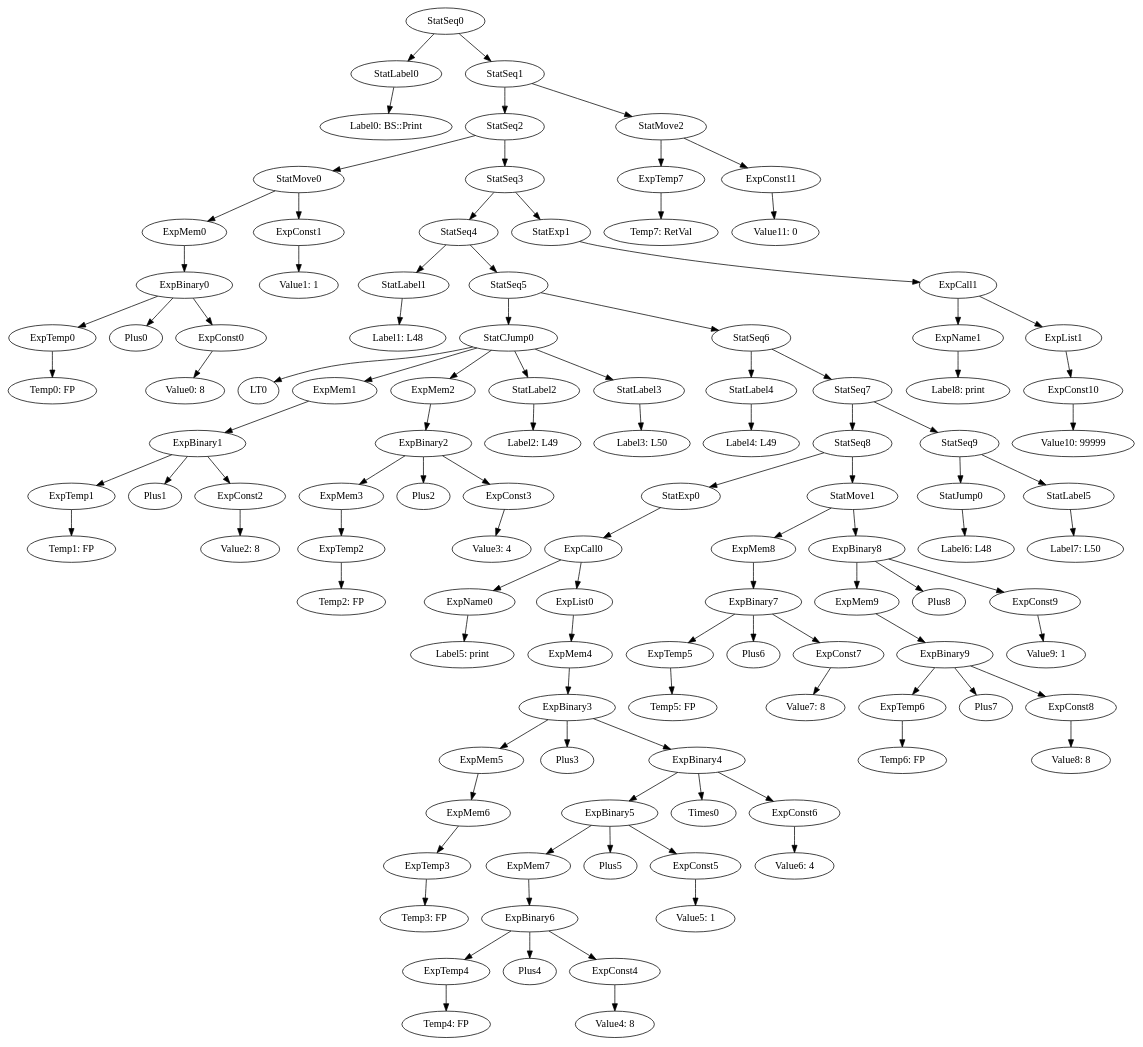
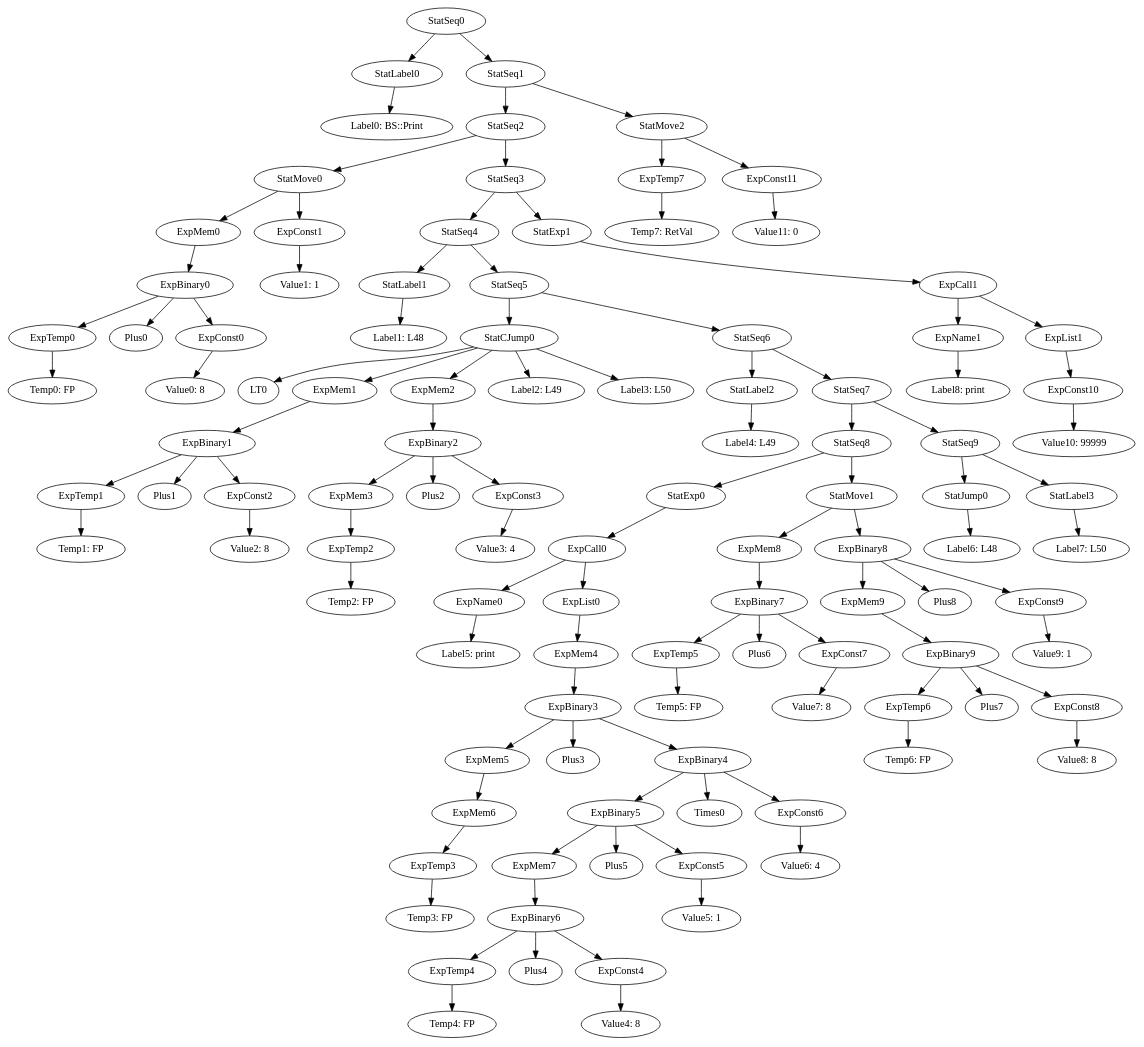
The diagram in MiniJava/results/SamplesCorrect/BinarySearch/irt_BS::Print.gv (team-compilers/compilers), drawn with Graphviz before and after one commit. The commit also changed 80 other files, not shown here.

```diff
--- a/MiniJava/results/SamplesCorrect/BinarySearch/irt_BS::Print.gv
+++ b/MiniJava/results/SamplesCorrect/BinarySearch/irt_BS::Print.gv
@@ -1,111 +1,109 @@
 digraph {
 	ordering = out;
 	ExpConst11 -> "Value11: 0";
 	StatMove2 -> ExpTemp7;
 	StatMove2 -> ExpConst11;
 	StatExp1 -> ExpCall1;
 	ExpConst10 -> "Value10: 99999";
 	ExpName1 -> "Label8: print";
 	ExpCall1 -> ExpName1;
 	ExpCall1 -> ExpList1;
 	StatJump0 -> "Label6: L48";
 	StatSeq7 -> StatSeq8;
 	StatSeq7 -> StatSeq9;
 	ExpBinary8 -> ExpMem9;
 	ExpBinary8 -> Plus8;
 	ExpBinary8 -> ExpConst9;
 	ExpBinary9 -> ExpTemp6;
 	ExpBinary9 -> Plus7;
 	ExpBinary9 -> ExpConst8;
 	ExpTemp6 -> "Temp6: FP";
 	StatMove1 -> ExpMem8;
 	StatMove1 -> ExpBinary8;
+	StatSeq5 -> StatCJump0;
+	StatSeq5 -> StatSeq6;
 	StatSeq1 -> StatSeq2;
 	StatSeq1 -> StatMove2;
 	ExpMem8 -> ExpBinary7;
-	ExpConst7 -> "Value7: 8";
-	StatLabel2 -> "Label2: L49";
 	ExpTemp2 -> "Temp2: FP";
 	ExpConst3 -> "Value3: 4";
+	ExpConst7 -> "Value7: 8";
 	ExpTemp1 -> "Temp1: FP";
-	StatLabel5 -> "Label7: L50";
 	ExpTemp5 -> "Temp5: FP";
 	ExpBinary7 -> ExpTemp5;
 	ExpBinary7 -> Plus6;
 	ExpBinary7 -> ExpConst7;
 	ExpBinary0 -> ExpTemp0;
 	ExpBinary0 -> Plus0;
 	ExpBinary0 -> ExpConst0;
 	ExpMem4 -> ExpBinary3;
 	StatSeq4 -> StatLabel1;
 	StatSeq4 -> StatSeq5;
 	ExpMem2 -> ExpBinary2;
 	StatLabel1 -> "Label1: L48";
 	StatSeq9 -> StatJump0;
-	StatSeq9 -> StatLabel5;
+	StatSeq9 -> StatLabel3;
 	ExpCall0 -> ExpName0;
 	ExpCall0 -> ExpList0;
 	StatMove0 -> ExpMem0;
 	StatMove0 -> ExpConst1;
 	ExpTemp7 -> "Temp7: RetVal";
 	ExpTemp0 -> "Temp0: FP";
-	StatSeq5 -> StatCJump0;
-	StatSeq5 -> StatSeq6;
-	StatLabel4 -> "Label4: L49";
 	StatSeq3 -> StatSeq4;
 	StatSeq3 -> StatExp1;
 	ExpMem7 -> ExpBinary6;
+	ExpMem5 -> ExpMem6;
 	ExpBinary2 -> ExpMem3;
 	ExpBinary2 -> Plus2;
 	ExpBinary2 -> ExpConst3;
-	ExpMem5 -> ExpMem6;
 	StatLabel0 -> "Label0: BS::Print";
+	StatLabel2 -> "Label4: L49";
 	ExpMem3 -> ExpTemp2;
 	ExpList1 -> ExpConst10;
 	ExpBinary1 -> ExpTemp1;
 	ExpBinary1 -> Plus1;
 	ExpBinary1 -> ExpConst2;
 	ExpMem0 -> ExpBinary0;
 	ExpBinary6 -> ExpTemp4;
 	ExpBinary6 -> Plus4;
 	ExpBinary6 -> ExpConst4;
 	StatSeq2 -> StatMove0;
 	StatSeq2 -> StatSeq3;
 	ExpMem9 -> ExpBinary9;
 	ExpMem1 -> ExpBinary1;
 	ExpConst6 -> "Value6: 4";
 	ExpConst1 -> "Value1: 1";
-	StatSeq6 -> StatLabel4;
+	StatSeq6 -> StatLabel2;
 	StatSeq6 -> StatSeq7;
 	ExpTemp3 -> "Temp3: FP";
 	StatSeq8 -> StatExp0;
 	StatSeq8 -> StatMove1;
 	ExpName0 -> "Label5: print";
 	ExpMem6 -> ExpTemp3;
 	ExpConst2 -> "Value2: 8";
 	ExpBinary3 -> ExpMem5;
 	ExpBinary3 -> Plus3;
 	ExpBinary3 -> ExpBinary4;
 	ExpConst5 -> "Value5: 1";
 	ExpTemp4 -> "Temp4: FP";
+	StatLabel3 -> "Label7: L50";
 	ExpConst8 -> "Value8: 8";
-	StatLabel3 -> "Label3: L50";
 	ExpConst4 -> "Value4: 8";
 	StatSeq0 -> StatLabel0;
 	StatSeq0 -> StatSeq1;
 	StatExp0 -> ExpCall0;
 	ExpConst9 -> "Value9: 1";
 	ExpBinary5 -> ExpMem7;
 	ExpBinary5 -> Plus5;
 	ExpBinary5 -> ExpConst5;
 	ExpConst0 -> "Value0: 8";
 	ExpBinary4 -> ExpBinary5;
 	ExpBinary4 -> Times0;
 	ExpBinary4 -> ExpConst6;
 	StatCJump0 -> LT0;
 	StatCJump0 -> ExpMem1;
 	StatCJump0 -> ExpMem2;
-	StatCJump0 -> StatLabel2;
-	StatCJump0 -> StatLabel3;
+	StatCJump0 -> "Label2: L49";
+	StatCJump0 -> "Label3: L50";
 	ExpList0 -> ExpMem4;
 }
```
